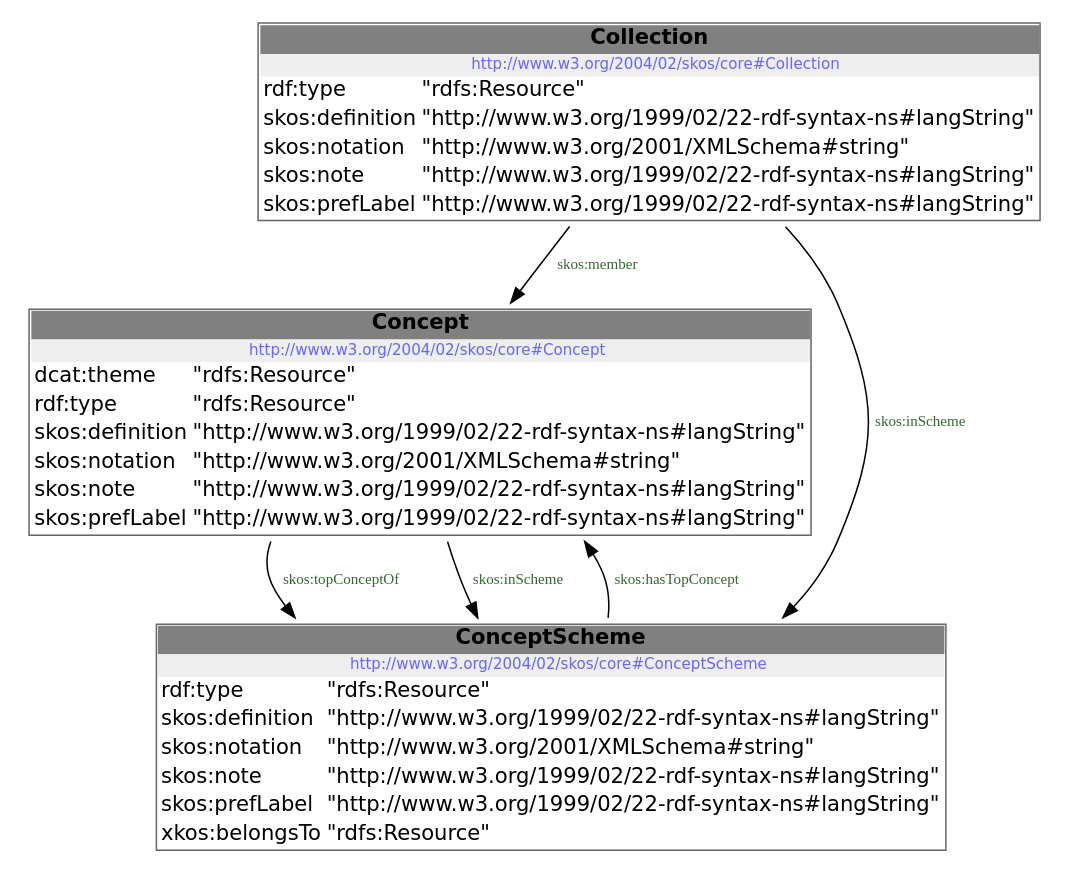
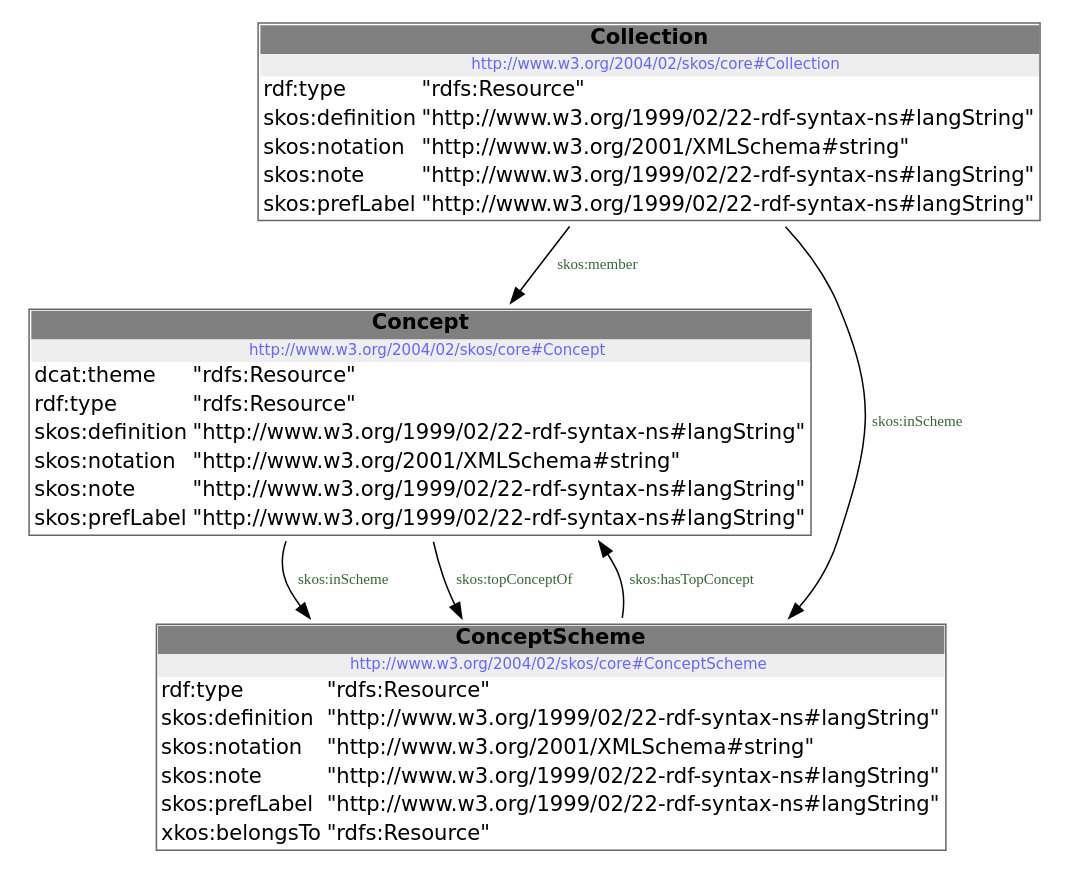
Before and after one commit to milieuinfo/codelijst-emissie: the diagram in src/documentation/model.dot, drawn with Graphviz. The commit also changed 1 other file, not shown here.

```diff
--- a/src/documentation/model.dot
+++ b/src/documentation/model.dot
@@ -1,14 +1,14 @@
 digraph { 
  node [ fontname="DejaVu Sans" ] ; 
-	node0 -> node2 [ color=BLACK, label=< <font point-size='10' color='#336633'>skos:topConceptOf</font> > ] ;
-	node2 -> node0 [ color=BLACK, label=< <font point-size='10' color='#336633'>skos:hasTopConcept</font> > ] ;
-	node0 -> node2 [ color=BLACK, label=< <font point-size='10' color='#336633'>skos:inScheme</font> > ] ;
-	node1 -> node2 [ color=BLACK, label=< <font point-size='10' color='#336633'>skos:inScheme</font> > ] ;
-	node1 -> node0 [ color=BLACK, label=< <font point-size='10' color='#336633'>skos:member</font> > ] ;
-# http://www.w3.org/2004/02/skos/core#Concept node0
-node0 [ shape=none, color=black label=< <table color='#666666' cellborder='0' cellspacing='0' border='1'><tr><td colspan='2' bgcolor='grey'><B>Concept</B></td></tr><tr><td href='http://www.w3.org/2004/02/skos/core#Concept' bgcolor='#eeeeee' colspan='2'><font point-size='10' color='#6666ff'>http://www.w3.org/2004/02/skos/core#Concept</font></td></tr><tr><td align='left'>dcat:theme</td><td align='left'>&quot;rdfs:Resource&quot;</td></tr><tr><td align='left'>rdf:type</td><td align='left'>&quot;rdfs:Resource&quot;</td></tr><tr><td align='left'>skos:definition</td><td align='left'>&quot;http://www.w3.org/1999/02/22-rdf-syntax-ns#langString&quot;</td></tr><tr><td align='left'>skos:notation</td><td align='left'>&quot;http://www.w3.org/2001/XMLSchema#string&quot;</td></tr><tr><td align='left'>skos:note</td><td align='left'>&quot;http://www.w3.org/1999/02/22-rdf-syntax-ns#langString&quot;</td></tr><tr><td align='left'>skos:prefLabel</td><td align='left'>&quot;http://www.w3.org/1999/02/22-rdf-syntax-ns#langString&quot;</td></tr></table> > ] 
-# http://www.w3.org/2004/02/skos/core#Collection node1
-node1 [ shape=none, color=black label=< <table color='#666666' cellborder='0' cellspacing='0' border='1'><tr><td colspan='2' bgcolor='grey'><B>Collection</B></td></tr><tr><td href='http://www.w3.org/2004/02/skos/core#Collection' bgcolor='#eeeeee' colspan='2'><font point-size='10' color='#6666ff'>http://www.w3.org/2004/02/skos/core#Collection</font></td></tr><tr><td align='left'>rdf:type</td><td align='left'>&quot;rdfs:Resource&quot;</td></tr><tr><td align='left'>skos:definition</td><td align='left'>&quot;http://www.w3.org/1999/02/22-rdf-syntax-ns#langString&quot;</td></tr><tr><td align='left'>skos:notation</td><td align='left'>&quot;http://www.w3.org/2001/XMLSchema#string&quot;</td></tr><tr><td align='left'>skos:note</td><td align='left'>&quot;http://www.w3.org/1999/02/22-rdf-syntax-ns#langString&quot;</td></tr><tr><td align='left'>skos:prefLabel</td><td align='left'>&quot;http://www.w3.org/1999/02/22-rdf-syntax-ns#langString&quot;</td></tr></table> > ] 
-# http://www.w3.org/2004/02/skos/core#ConceptScheme node2
-node2 [ shape=none, color=black label=< <table color='#666666' cellborder='0' cellspacing='0' border='1'><tr><td colspan='2' bgcolor='grey'><B>ConceptScheme</B></td></tr><tr><td href='http://www.w3.org/2004/02/skos/core#ConceptScheme' bgcolor='#eeeeee' colspan='2'><font point-size='10' color='#6666ff'>http://www.w3.org/2004/02/skos/core#ConceptScheme</font></td></tr><tr><td align='left'>rdf:type</td><td align='left'>&quot;rdfs:Resource&quot;</td></tr><tr><td align='left'>skos:definition</td><td align='left'>&quot;http://www.w3.org/1999/02/22-rdf-syntax-ns#langString&quot;</td></tr><tr><td align='left'>skos:notation</td><td align='left'>&quot;http://www.w3.org/2001/XMLSchema#string&quot;</td></tr><tr><td align='left'>skos:note</td><td align='left'>&quot;http://www.w3.org/1999/02/22-rdf-syntax-ns#langString&quot;</td></tr><tr><td align='left'>skos:prefLabel</td><td align='left'>&quot;http://www.w3.org/1999/02/22-rdf-syntax-ns#langString&quot;</td></tr><tr><td align='left'>xkos:belongsTo</td><td align='left'>&quot;rdfs:Resource&quot;</td></tr></table> > ] 
+	node2 -> node1 [ color=BLACK, label=< <font point-size='10' color='#336633'>skos:inScheme</font> > ] ;
+	node0 -> node1 [ color=BLACK, label=< <font point-size='10' color='#336633'>skos:inScheme</font> > ] ;
+	node0 -> node2 [ color=BLACK, label=< <font point-size='10' color='#336633'>skos:member</font> > ] ;
+	node1 -> node2 [ color=BLACK, label=< <font point-size='10' color='#336633'>skos:hasTopConcept</font> > ] ;
+	node2 -> node1 [ color=BLACK, label=< <font point-size='10' color='#336633'>skos:topConceptOf</font> > ] ;
+# http://www.w3.org/2004/02/skos/core#Collection node0
+node0 [ shape=none, color=black label=< <table color='#666666' cellborder='0' cellspacing='0' border='1'><tr><td colspan='2' bgcolor='grey'><B>Collection</B></td></tr><tr><td href='http://www.w3.org/2004/02/skos/core#Collection' bgcolor='#eeeeee' colspan='2'><font point-size='10' color='#6666ff'>http://www.w3.org/2004/02/skos/core#Collection</font></td></tr><tr><td align='left'>rdf:type</td><td align='left'>&quot;rdfs:Resource&quot;</td></tr><tr><td align='left'>skos:definition</td><td align='left'>&quot;http://www.w3.org/1999/02/22-rdf-syntax-ns#langString&quot;</td></tr><tr><td align='left'>skos:notation</td><td align='left'>&quot;http://www.w3.org/2001/XMLSchema#string&quot;</td></tr><tr><td align='left'>skos:note</td><td align='left'>&quot;http://www.w3.org/1999/02/22-rdf-syntax-ns#langString&quot;</td></tr><tr><td align='left'>skos:prefLabel</td><td align='left'>&quot;http://www.w3.org/1999/02/22-rdf-syntax-ns#langString&quot;</td></tr></table> > ] 
+# http://www.w3.org/2004/02/skos/core#ConceptScheme node1
+node1 [ shape=none, color=black label=< <table color='#666666' cellborder='0' cellspacing='0' border='1'><tr><td colspan='2' bgcolor='grey'><B>ConceptScheme</B></td></tr><tr><td href='http://www.w3.org/2004/02/skos/core#ConceptScheme' bgcolor='#eeeeee' colspan='2'><font point-size='10' color='#6666ff'>http://www.w3.org/2004/02/skos/core#ConceptScheme</font></td></tr><tr><td align='left'>rdf:type</td><td align='left'>&quot;rdfs:Resource&quot;</td></tr><tr><td align='left'>skos:definition</td><td align='left'>&quot;http://www.w3.org/1999/02/22-rdf-syntax-ns#langString&quot;</td></tr><tr><td align='left'>skos:notation</td><td align='left'>&quot;http://www.w3.org/2001/XMLSchema#string&quot;</td></tr><tr><td align='left'>skos:note</td><td align='left'>&quot;http://www.w3.org/1999/02/22-rdf-syntax-ns#langString&quot;</td></tr><tr><td align='left'>skos:prefLabel</td><td align='left'>&quot;http://www.w3.org/1999/02/22-rdf-syntax-ns#langString&quot;</td></tr><tr><td align='left'>xkos:belongsTo</td><td align='left'>&quot;rdfs:Resource&quot;</td></tr></table> > ] 
+# http://www.w3.org/2004/02/skos/core#Concept node2
+node2 [ shape=none, color=black label=< <table color='#666666' cellborder='0' cellspacing='0' border='1'><tr><td colspan='2' bgcolor='grey'><B>Concept</B></td></tr><tr><td href='http://www.w3.org/2004/02/skos/core#Concept' bgcolor='#eeeeee' colspan='2'><font point-size='10' color='#6666ff'>http://www.w3.org/2004/02/skos/core#Concept</font></td></tr><tr><td align='left'>dcat:theme</td><td align='left'>&quot;rdfs:Resource&quot;</td></tr><tr><td align='left'>rdf:type</td><td align='left'>&quot;rdfs:Resource&quot;</td></tr><tr><td align='left'>skos:definition</td><td align='left'>&quot;http://www.w3.org/1999/02/22-rdf-syntax-ns#langString&quot;</td></tr><tr><td align='left'>skos:notation</td><td align='left'>&quot;http://www.w3.org/2001/XMLSchema#string&quot;</td></tr><tr><td align='left'>skos:note</td><td align='left'>&quot;http://www.w3.org/1999/02/22-rdf-syntax-ns#langString&quot;</td></tr><tr><td align='left'>skos:prefLabel</td><td align='left'>&quot;http://www.w3.org/1999/02/22-rdf-syntax-ns#langString&quot;</td></tr></table> > ] 
 }
```
